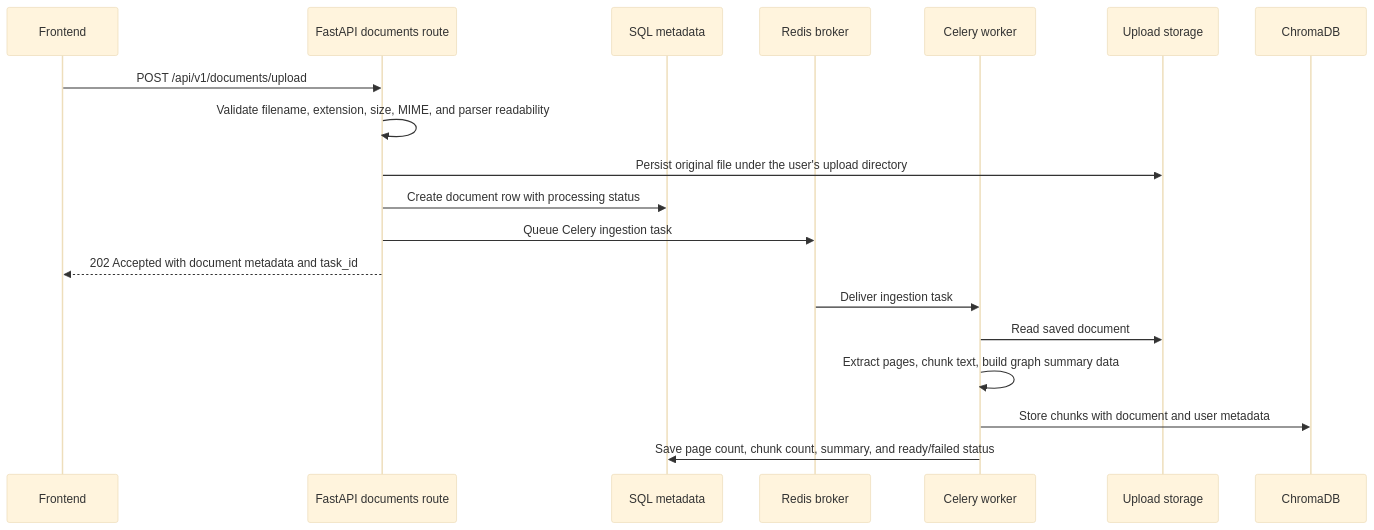
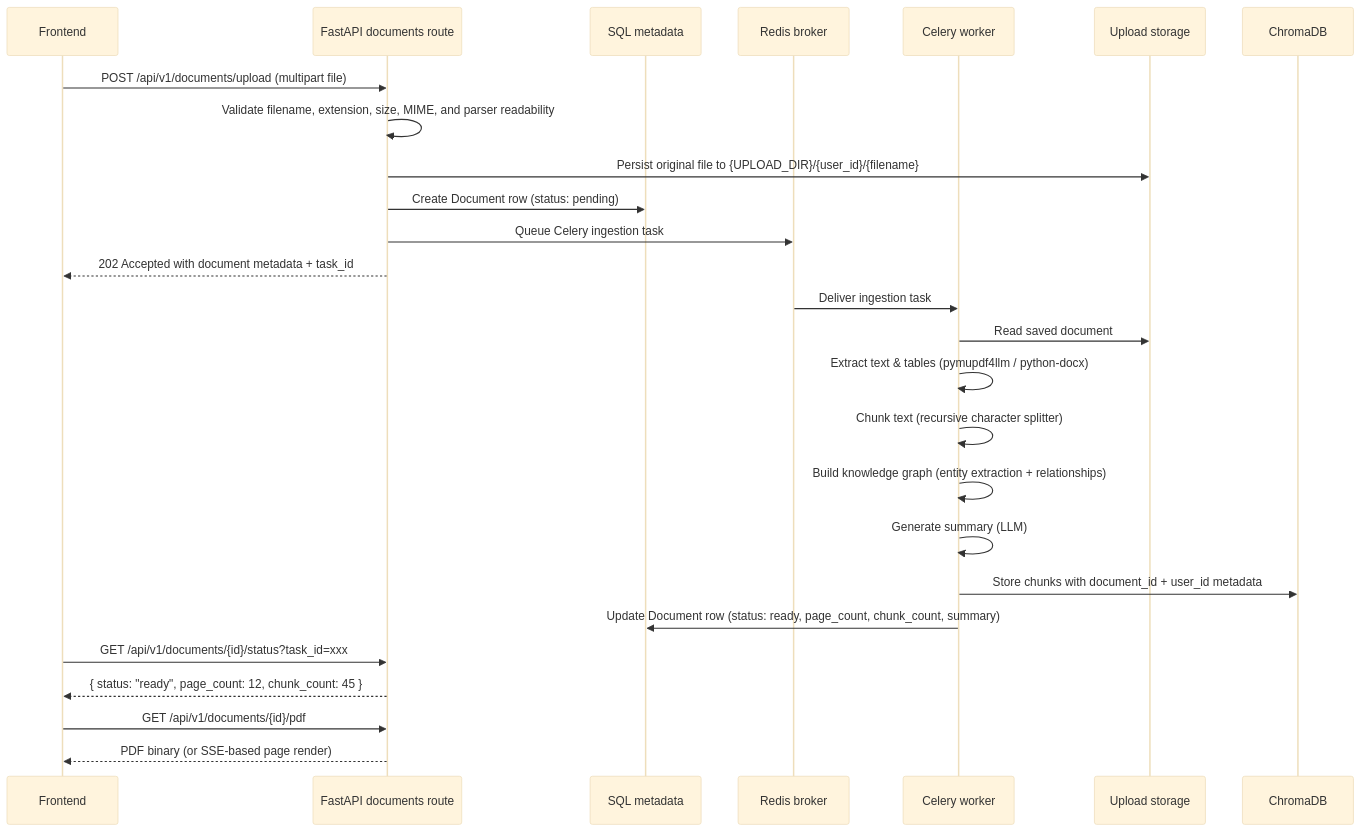
One commit to param20h/PDF-Assistant-RAG changed the eighth of 11 diagrams in docs/ARCHITECTURE.md. Above: the diagram before and after it, drawn with Mermaid (base theme). The commit also changed other lines of this file, not shown here.

First line of the commit message:
docs: create comprehensive ARCHITECTURE.md documentation

````diff
--- a/docs/ARCHITECTURE.md
+++ b/docs/ARCHITECTURE.md
@@ -50,22 +801,32 @@
 ```mermaid
 sequenceDiagram
     participant UI as Frontend
     participant API as FastAPI documents route
     participant DB as SQL metadata
     participant Redis as Redis broker
     participant Worker as Celery worker
     participant Files as Upload storage
     participant Vector as ChromaDB
 
-    UI->>API: POST /api/v1/documents/upload
+    UI->>API: POST /api/v1/documents/upload (multipart file)
     API->>API: Validate filename, extension, size, MIME, and parser readability
-    API->>Files: Persist original file under the user's upload directory
-    API->>DB: Create document row with processing status
+    API->>Files: Persist original file to {UPLOAD_DIR}/{user_id}/{filename}
+    API->>DB: Create Document row (status: pending)
     API->>Redis: Queue Celery ingestion task
-    API-->>UI: 202 Accepted with document metadata and task_id
+    API-->>UI: 202 Accepted with document metadata + task_id
+
     Redis->>Worker: Deliver ingestion task
     Worker->>Files: Read saved document
-    Worker->>Worker: Extract pages, chunk text, build graph summary data
-    Worker->>Vector: Store chunks with document and user metadata
-    Worker->>DB: Save page count, chunk count, summary, and ready/failed status
+    Worker->>Worker: Extract text & tables (pymupdf4llm / python-docx)
+    Worker->>Worker: Chunk text (recursive character splitter)
+    Worker->>Worker: Build knowledge graph (entity extraction + relationships)
+    Worker->>Worker: Generate summary (LLM)
+    Worker->>Vector: Store chunks with document_id + user_id metadata
+    Worker->>DB: Update Document row (status: ready, page_count, chunk_count, summary)
+
+    UI->>API: GET /api/v1/documents/{id}/status?task_id=xxx
+    API-->>UI: { status: "ready", page_count: 12, chunk_count: 45 }
+
+    UI->>API: GET /api/v1/documents/{id}/pdf
+    API-->>UI: PDF binary (or SSE-based page render)
 ```
````
